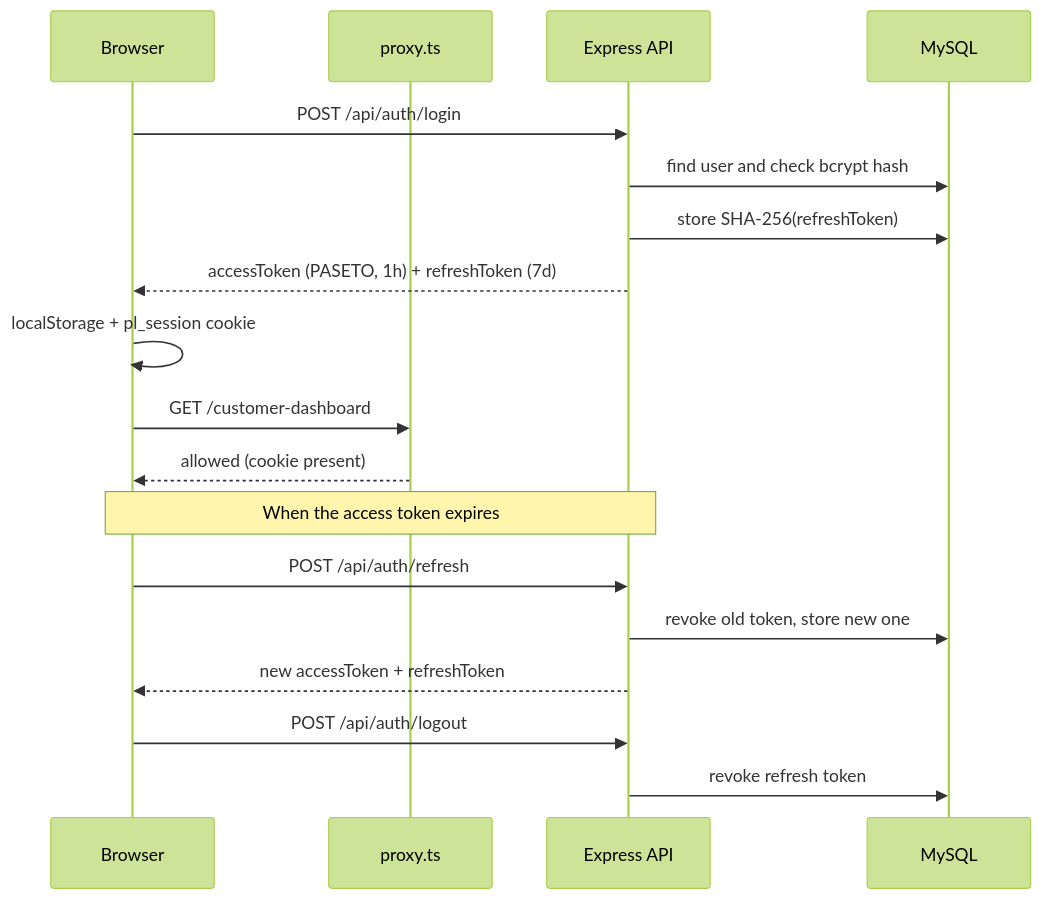
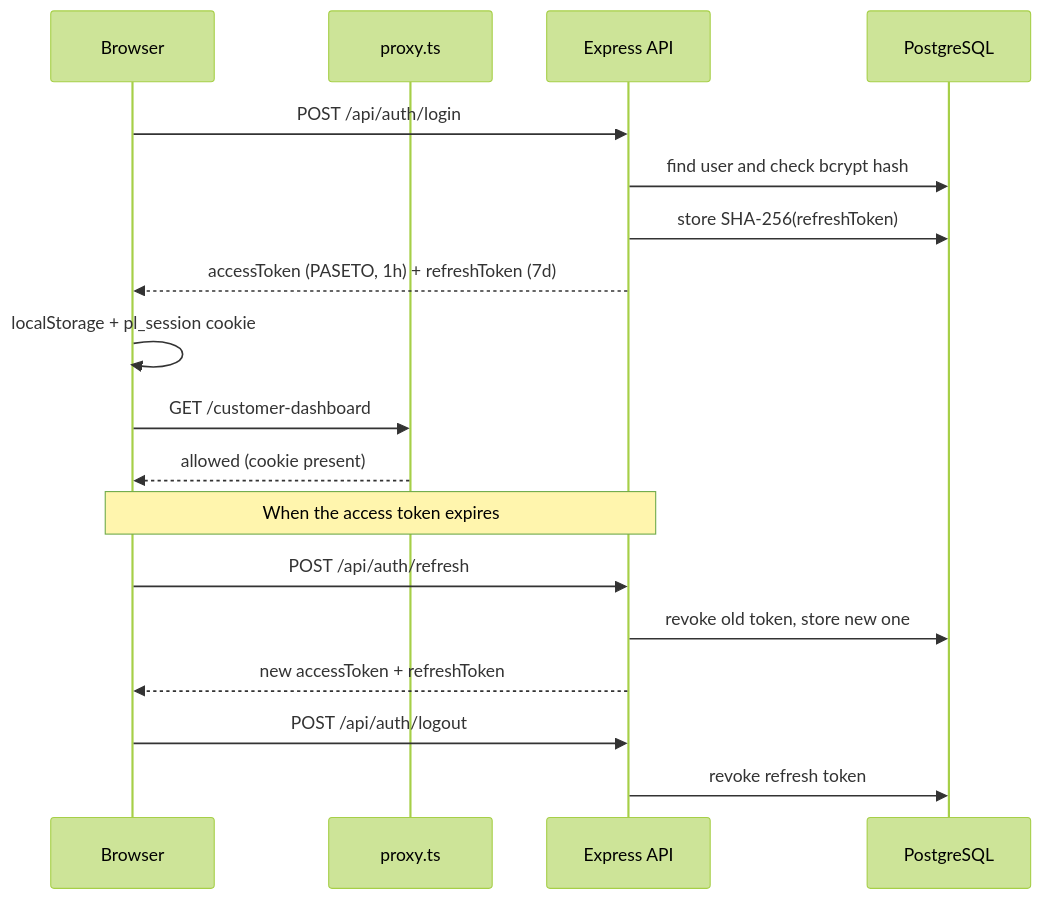
Before and after one commit to Wambuiracheal/laundry-app: the third of 3 diagrams in README.md, drawn with Mermaid (forest theme). The commit also changed other lines of this file and 13 other files, not shown here.

First line of the commit message:
feat: migrate database from MySQL to PostgreSQL (Supabase) and update deployment instructions

````diff
--- a/README.md
+++ b/README.md
@@ -371,21 +378,21 @@
 ```mermaid
 sequenceDiagram
     participant B as Browser
     participant P as proxy.ts
     participant A as Express API
-    participant D as MySQL
+    participant D as PostgreSQL
 
     B->>A: POST /api/auth/login
     A->>D: find user and check bcrypt hash
     A->>D: store SHA-256(refreshToken)
     A-->>B: accessToken (PASETO, 1h) + refreshToken (7d)
     B->>B: localStorage + pl_session cookie
     B->>P: GET /customer-dashboard
     P-->>B: allowed (cookie present)
     Note over B,A: When the access token expires
     B->>A: POST /api/auth/refresh
     A->>D: revoke old token, store new one
     A-->>B: new accessToken + refreshToken
     B->>A: POST /api/auth/logout
     A->>D: revoke refresh token
 ```
````
